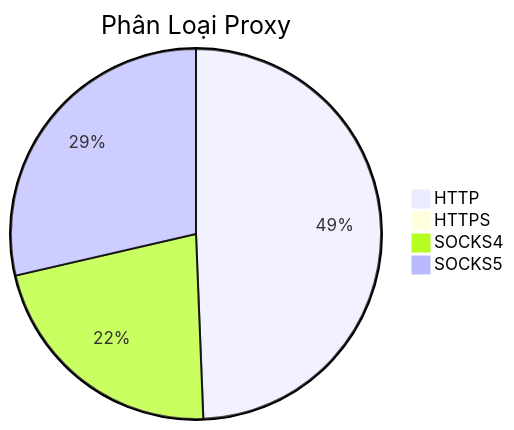
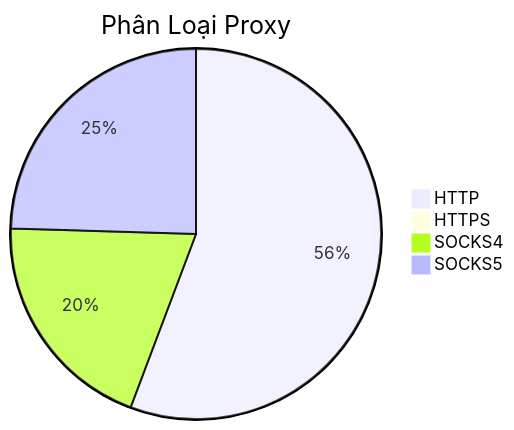
Before and after one commit to Ciara-12/PROXY-free: the diagram in README.md, drawn with Mermaid. The commit also changed other lines of this file and 3 other files, not shown here.

````diff
--- a/README.md
+++ b/README.md
@@ -26,7 +26,7 @@
 ```mermaid
 pie title Phân Loại Proxy
-    "HTTP" : 547
+    "HTTP" : 709
     "HTTPS" : 0
-    "SOCKS4" : 244
-    "SOCKS5" : 317
+    "SOCKS4" : 251
+    "SOCKS5" : 312
 ```
````
